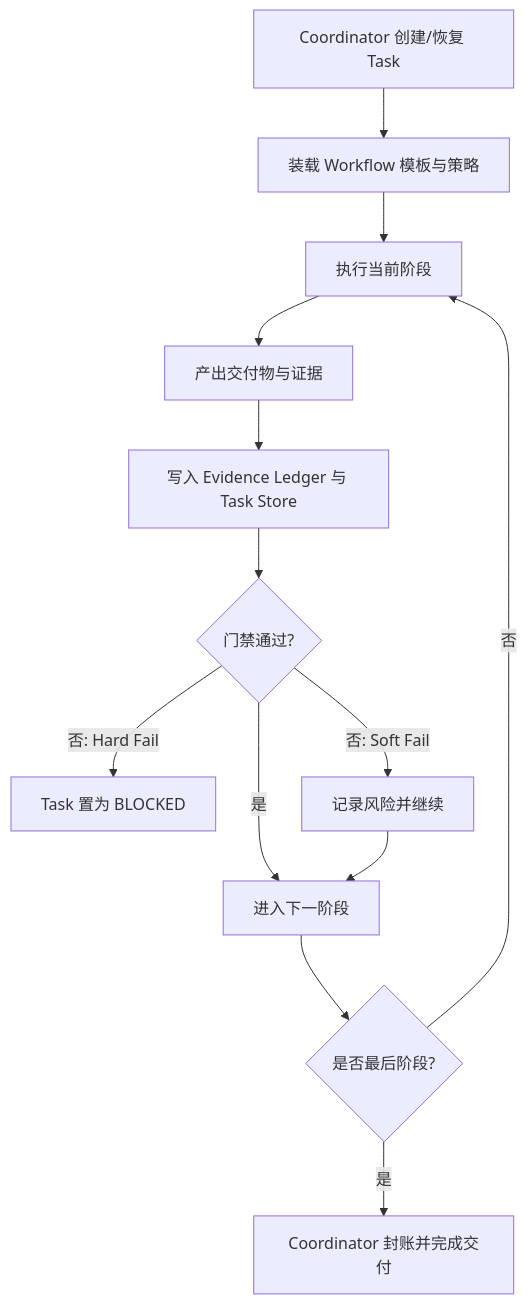
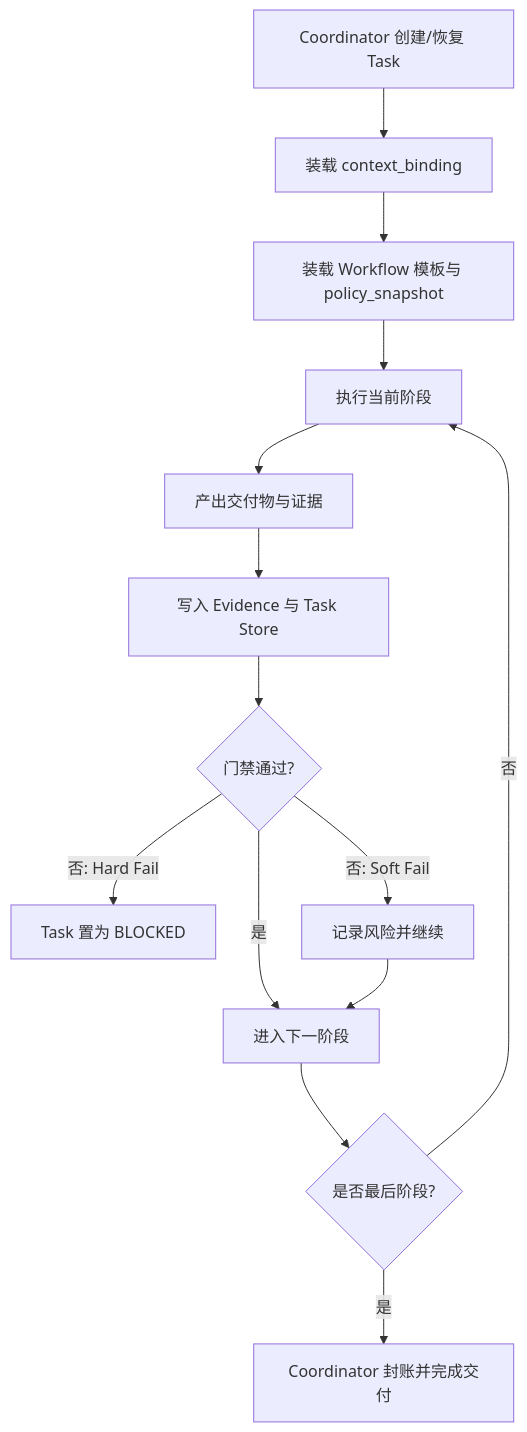
One commit to liushoukun/reason-cavalier changed the third of 3 diagrams in docs/index.md. Above: the diagram before and after it, drawn with Mermaid. The commit also changed other lines of this file and 1 other file, not shown here.

Commit message:
docs: 重写总蓝图分层与项目空间 Catalog/Binding 模型

````diff
--- a/docs/index.md
+++ b/docs/index.md
@@ -175,15 +343,16 @@
 ```mermaid
 flowchart TD
-  A[Coordinator 创建/恢复 Task] --> B[装载 Workflow 模板与策略]
+  A[Coordinator 创建/恢复 Task] --> A2[装载 context_binding]
+  A2 --> B[装载 Workflow 模板与 policy_snapshot]
   B --> C[执行当前阶段]
   C --> D[产出交付物与证据]
-  D --> E[写入 Evidence Ledger 与 Task Store]
+  D --> E[写入 Evidence 与 Task Store]
   E --> F{门禁通过?}
   F -- 否: Hard Fail --> G[Task 置为 BLOCKED]
   F -- 否: Soft Fail --> H[记录风险并继续]
   F -- 是 --> I[进入下一阶段]
   H --> I
   I --> J{是否最后阶段?}
   J -- 否 --> C
   J -- 是 --> K[Coordinator 封账并完成交付]
 ```
````
